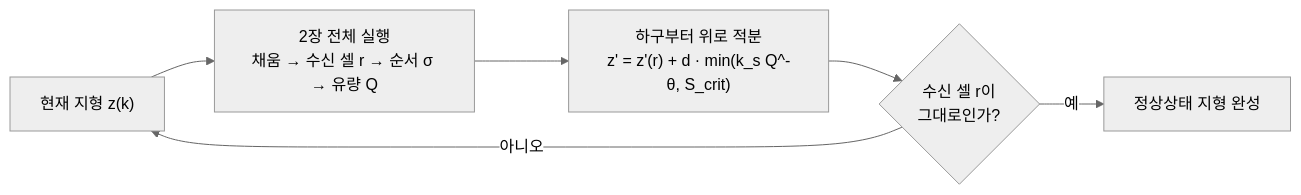
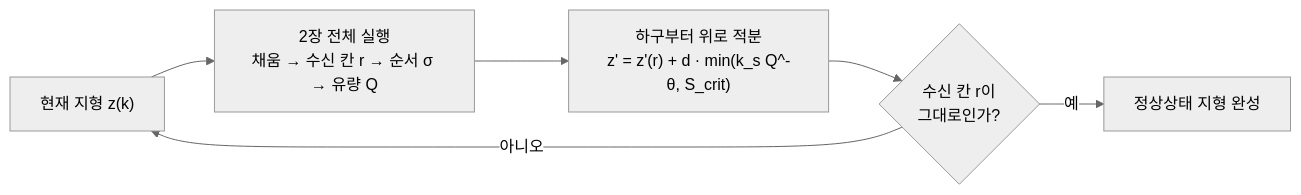
Before and after one commit to CAU-8/B-PCG: the third of 3 diagrams in docs/guide/planet_guide.md, drawn with Mermaid (neutral theme). The commit also changed other lines of this file and 2 other files, not shown here.

````diff
--- a/docs/guide/planet_guide.md
+++ b/docs/guide/planet_guide.md
@@ -537,8 +788,8 @@
 ```mermaid
 flowchart LR
-    Z["현재 지형 z(k)"] --> F["2장 전체 실행<br/>채움 → 수신 셀 r → 순서 σ → 유량 Q"]
+    Z["현재 지형 z(k)"] --> F["2장 전체 실행<br/>채움 → 수신 칸 r → 순서 σ → 유량 Q"]
     F --> I["하구부터 위로 적분<br/>z' = z'(r) + d · min(k_s Q^-θ, S_crit)"]
-    I --> C{"수신 셀 r이<br/>그대로인가?"}
+    I --> C{"수신 칸 r이<br/>그대로인가?"}
     C -- "아니오" --> Z
     C -- "예" --> D["정상상태 지형 완성"]
 ```
````
